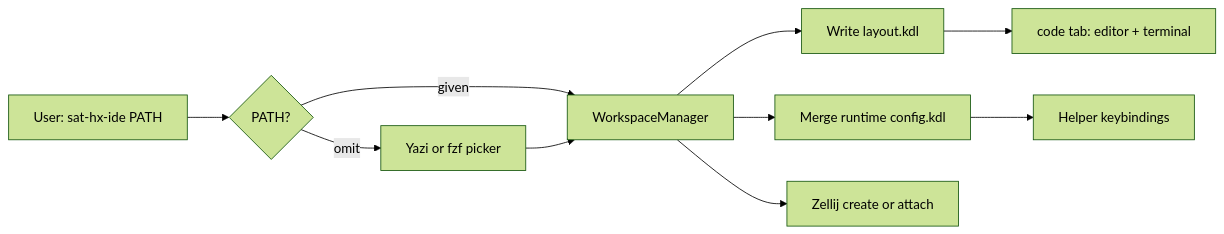
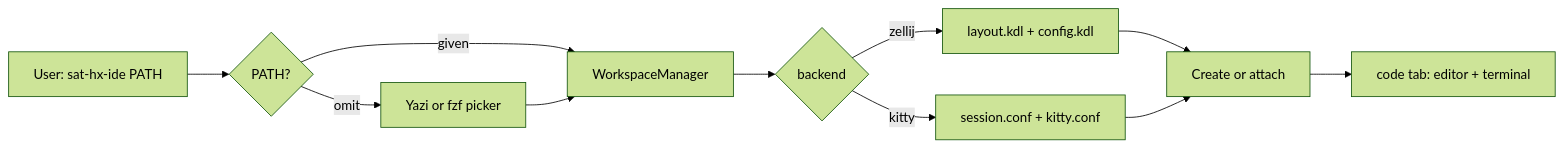
The second of 3 diagrams in book/src/architecture.md (vlevasseur073/sat-helix-ide), drawn with Mermaid (forest theme) before and after one commit. The commit also changed other lines of this file and 10 other files, not shown here.

````diff
--- a/book/src/architecture.md
+++ b/book/src/architecture.md
@@ -45,12 +60,13 @@
 ```mermaid
 flowchart LR
     user[User: sat-hx-ide PATH] --> path{PATH?}
     path -->|omit| picker[Yazi or fzf picker]
     path -->|given| wm[WorkspaceManager]
     picker --> wm
-    wm --> layout[Write layout.kdl]
-    wm --> kdl[Merge runtime config.kdl]
-    wm --> zellij[Zellij create or attach]
-    layout --> codeTab[code tab: editor + terminal]
-    kdl --> bindings[Helper keybindings]
+    wm --> backend{backend}
+    backend -->|zellij| zfiles[layout.kdl + config.kdl]
+    backend -->|kitty| kfiles[session.conf + kitty.conf]
+    zfiles --> mux[Create or attach]
+    kfiles --> mux
+    mux --> codeTab[code tab: editor + terminal]
 ```
````
